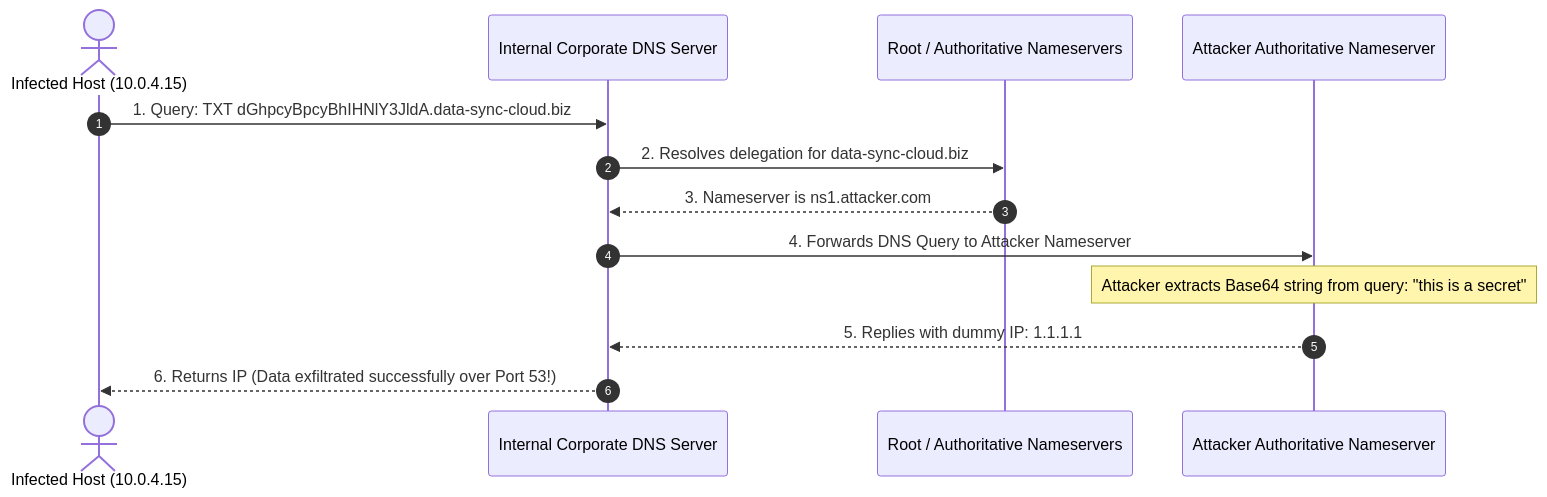
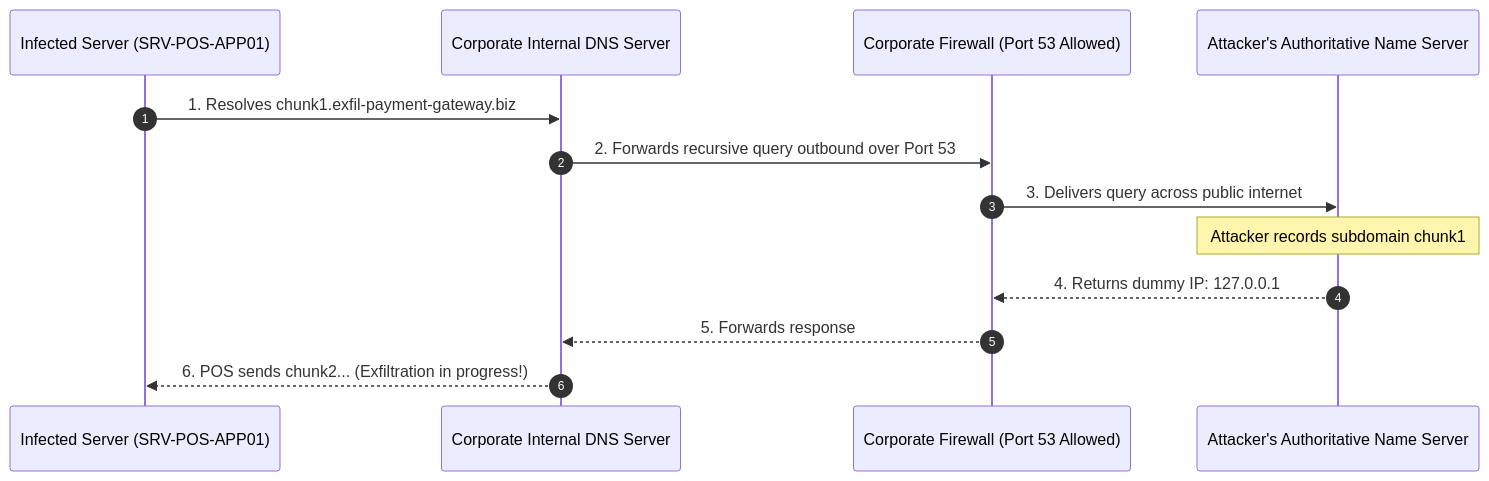
Before and after one commit to varunks04/CBS-Roleplay: the diagram in SOC/06_Real_World_Scenarios/05_Scenario_DNS_Exfiltration_and_Beaconing.md, drawn with Mermaid. The commit also changed other lines of this file and 40 other files, not shown here.

````diff
--- a/SOC/06_Real_World_Scenarios/05_Scenario_DNS_Exfiltration_and_Beaconing.md
+++ b/SOC/06_Real_World_Scenarios/05_Scenario_DNS_Exfiltration_and_Beaconing.md
@@ -12,16 +38,16 @@
 ```mermaid
 sequenceDiagram
     autonumber
-    actor InfectedHost as Infected Host (10.0.4.15)
-    participant CorpDNS as Internal Corporate DNS Server
-    participant RootDNS as Root / Authoritative Nameservers
-    participant AttackerDNS as Attacker Authoritative Nameserver
+    participant POS as Infected Server (SRV-POS-APP01)
+    participant LocalDNS as Corporate Internal DNS Server
+    participant Firewall as Corporate Firewall (Port 53 Allowed)
+    participant AttackerDNS as Attacker's Authoritative Name Server
 
-    InfectedHost->>CorpDNS: 1. Query: TXT dGhpcyBpcyBhIHNlY3JldA.data-sync-cloud.biz
-    CorpDNS->>RootDNS: 2. Resolves delegation for data-sync-cloud.biz
-    RootDNS-->>CorpDNS: 3. Nameserver is ns1.attacker.com
-    CorpDNS->>AttackerDNS: 4. Forwards DNS Query to Attacker Nameserver
-    Note over AttackerDNS: Attacker extracts Base64 string from query: "this is a secret"
-    AttackerDNS-->>CorpDNS: 5. Replies with dummy IP: 1.1.1.1
-    CorpDNS-->>InfectedHost: 6. Returns IP (Data exfiltrated successfully over Port 53!)
+    POS->>LocalDNS: 1. Resolves chunk1.exfil-payment-gateway.biz
+    LocalDNS->>Firewall: 2. Forwards recursive query outbound over Port 53
+    Firewall->>AttackerDNS: 3. Delivers query across public internet
+    Note over AttackerDNS: Attacker records subdomain chunk1
+    AttackerDNS-->>Firewall: 4. Returns dummy IP: 127.0.0.1
+    Firewall-->>LocalDNS: 5. Forwards response
+    LocalDNS-->>POS: 6. POS sends chunk2... (Exfiltration in progress!)
 ```
````
